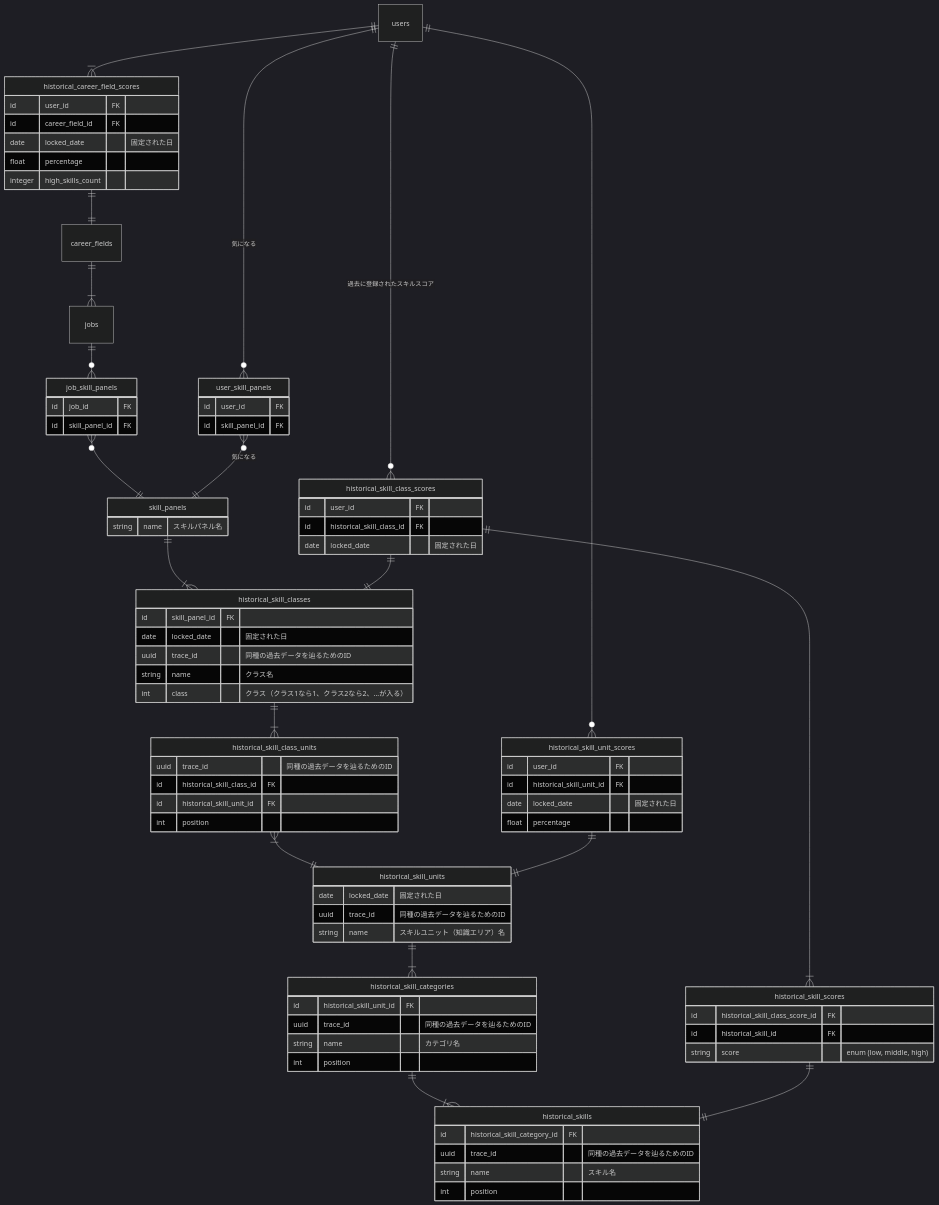
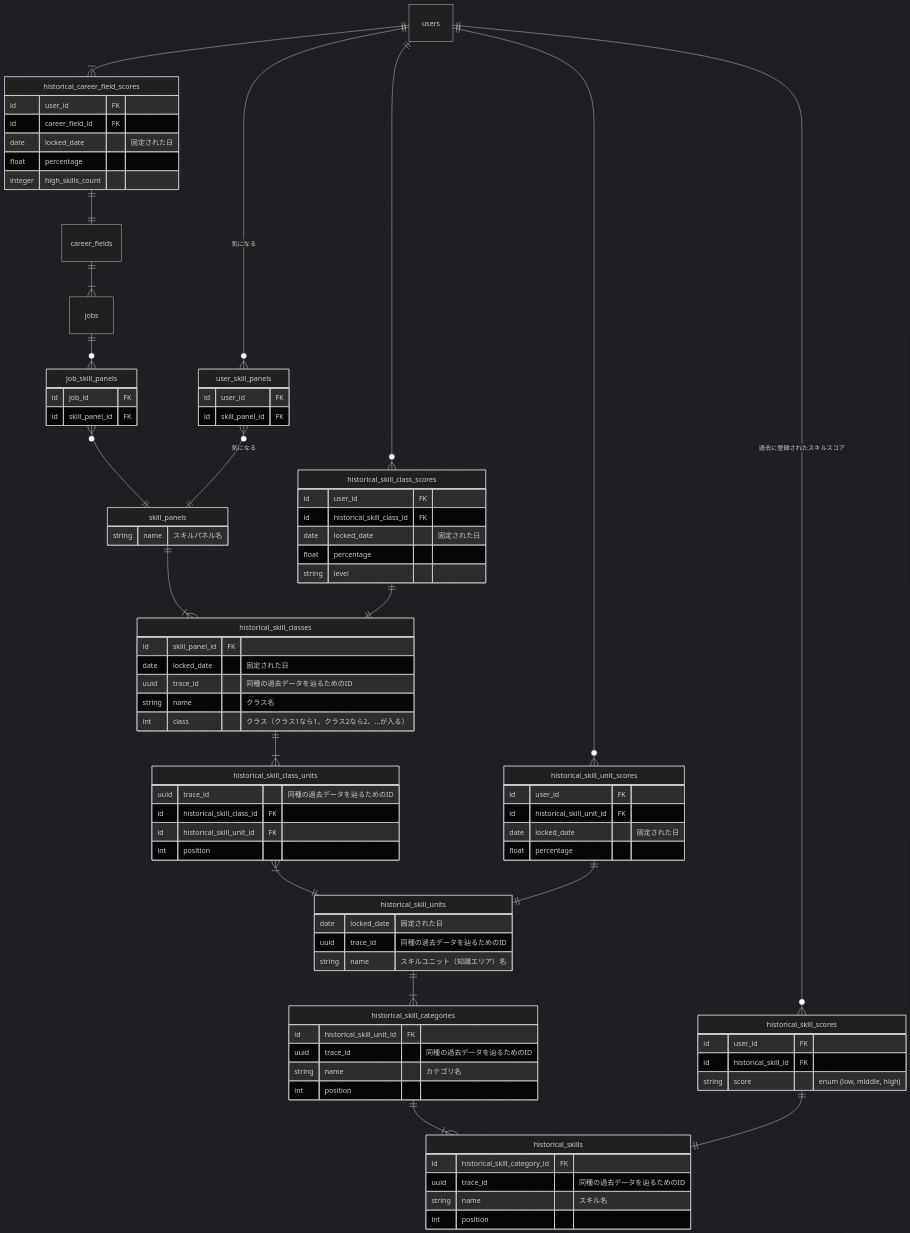
The third of 3 diagrams in docs/logics/update_skill_panels.md (bright-org/bright), drawn with Mermaid (dark theme) before and after one commit. The commit also changed other lines of this file and 13 other files, not shown here.

```diff
--- a/docs/logics/update_skill_panels.md
+++ b/docs/logics/update_skill_panels.md
@@ -199,9 +202,9 @@
   job_skill_panels }o--|| skill_panels : ""
   users ||--o{ user_skill_panels : "気になる"
   user_skill_panels }o--|| skill_panels : "気になる"
-  users ||--o{ historical_skill_class_scores : "過去に登録されたスキルスコア"
+  users ||--o{ historical_skill_class_scores : ""
   historical_skill_class_scores ||--|| historical_skill_classes : ""
-  historical_skill_class_scores ||--|{ historical_skill_scores : ""
+  users ||--o{ historical_skill_scores : "過去に登録されたスキルスコア"
   historical_skill_scores ||--|| historical_skills : ""
   users ||--|{ historical_career_field_scores : ""
   historical_career_field_scores ||--|| career_fields : ""
@@ -261,6 +264,8 @@
     id user_id FK
     id historical_skill_class_id FK
     date locked_date "固定された日"
+    float percentage
+    string level
   }
 
   historical_skill_unit_scores {
@@ -271,7 +276,7 @@
   }
 
   historical_skill_scores {
-    id historical_skill_class_score_id FK
+    id user_id FK
     id historical_skill_id FK
     string score "enum (low, middle, high)"
   }
```
